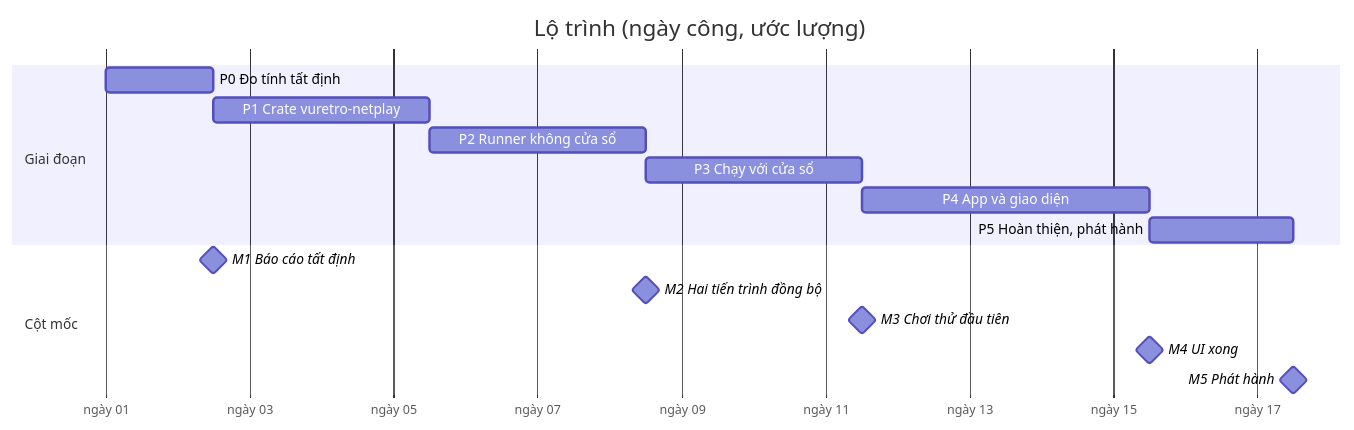
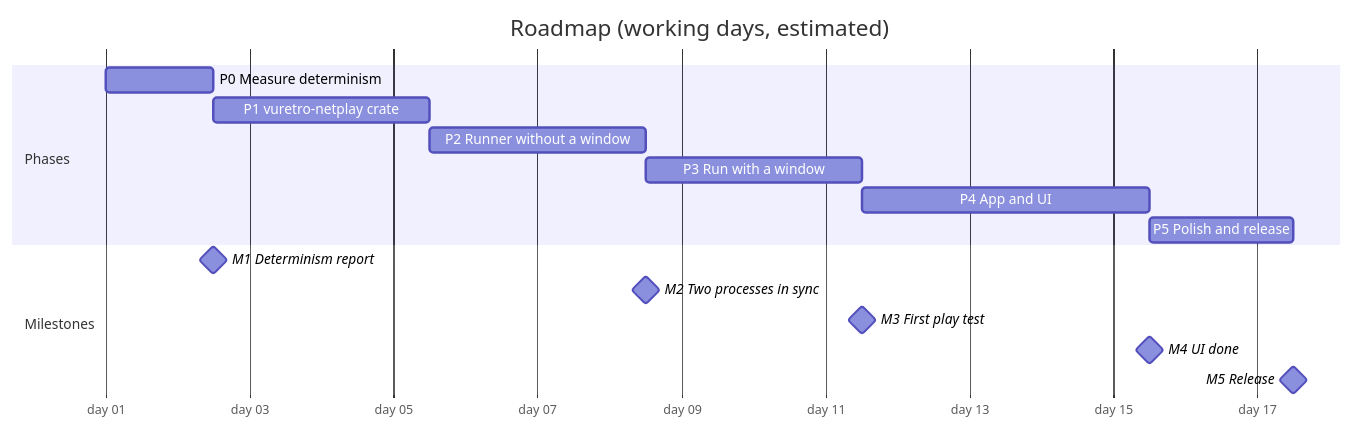
Before and after one commit to vunguyenvu35/vuretro: the seventh of 9 diagrams in docs/NETPLAY.md, drawn with Mermaid. The commit also changed other lines of this file, not shown here.

Commit message:
Docs: translate NETPLAY.md to English

````diff
--- a/docs/NETPLAY.md
+++ b/docs/NETPLAY.md
@@ -398,19 +398,19 @@
 ```mermaid
 gantt
-  title Lộ trình (ngày công, ước lượng)
+  title Roadmap (working days, estimated)
   dateFormat  YYYY-MM-DD
-  axisFormat  ngày %d
-  section Giai đoạn
-  P0 Đo tính tất định        :p0, 2026-01-01, 36h
-  P1 Crate vuretro-netplay   :p1, after p0, 72h
-  P2 Runner không cửa sổ     :p2, after p1, 72h
-  P3 Chạy với cửa sổ         :p3, after p2, 72h
-  P4 App và giao diện        :p4, after p3, 96h
-  P5 Hoàn thiện, phát hành   :p5, after p4, 48h
-  section Cột mốc
-  M1 Báo cáo tất định        :milestone, after p0, 0d
-  M2 Hai tiến trình đồng bộ  :milestone, after p2, 0d
-  M3 Chơi thử đầu tiên       :milestone, after p3, 0d
-  M4 UI xong                 :milestone, after p4, 0d
-  M5 Phát hành               :milestone, after p5, 0d
+  axisFormat  day %d
+  section Phases
+  P0 Measure determinism      :p0, 2026-01-01, 36h
+  P1 vuretro-netplay crate    :p1, after p0, 72h
+  P2 Runner without a window  :p2, after p1, 72h
+  P3 Run with a window        :p3, after p2, 72h
+  P4 App and UI               :p4, after p3, 96h
+  P5 Polish and release       :p5, after p4, 48h
+  section Milestones
+  M1 Determinism report       :milestone, after p0, 0d
+  M2 Two processes in sync    :milestone, after p2, 0d
+  M3 First play test          :milestone, after p3, 0d
+  M4 UI done                  :milestone, after p4, 0d
+  M5 Release                  :milestone, after p5, 0d
 ```
````
